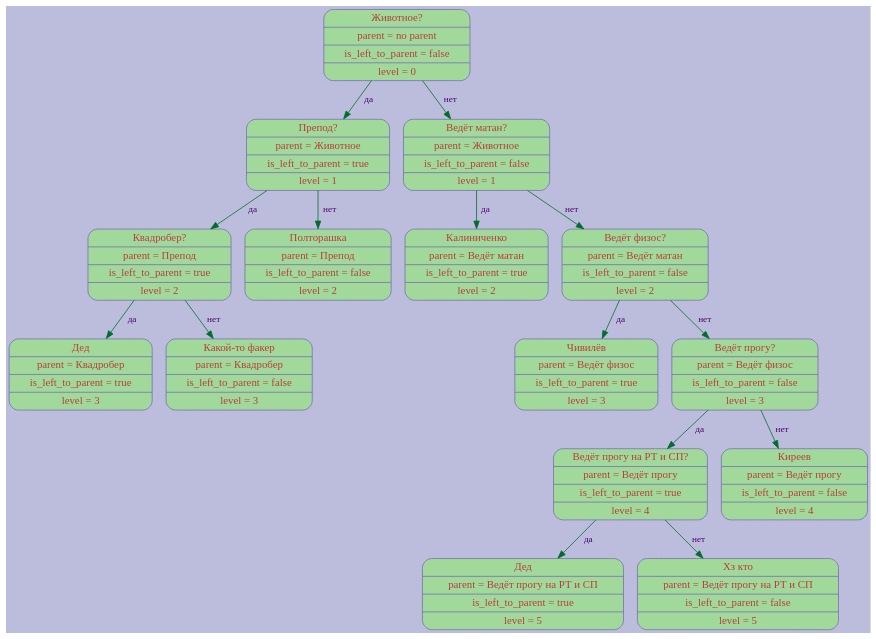
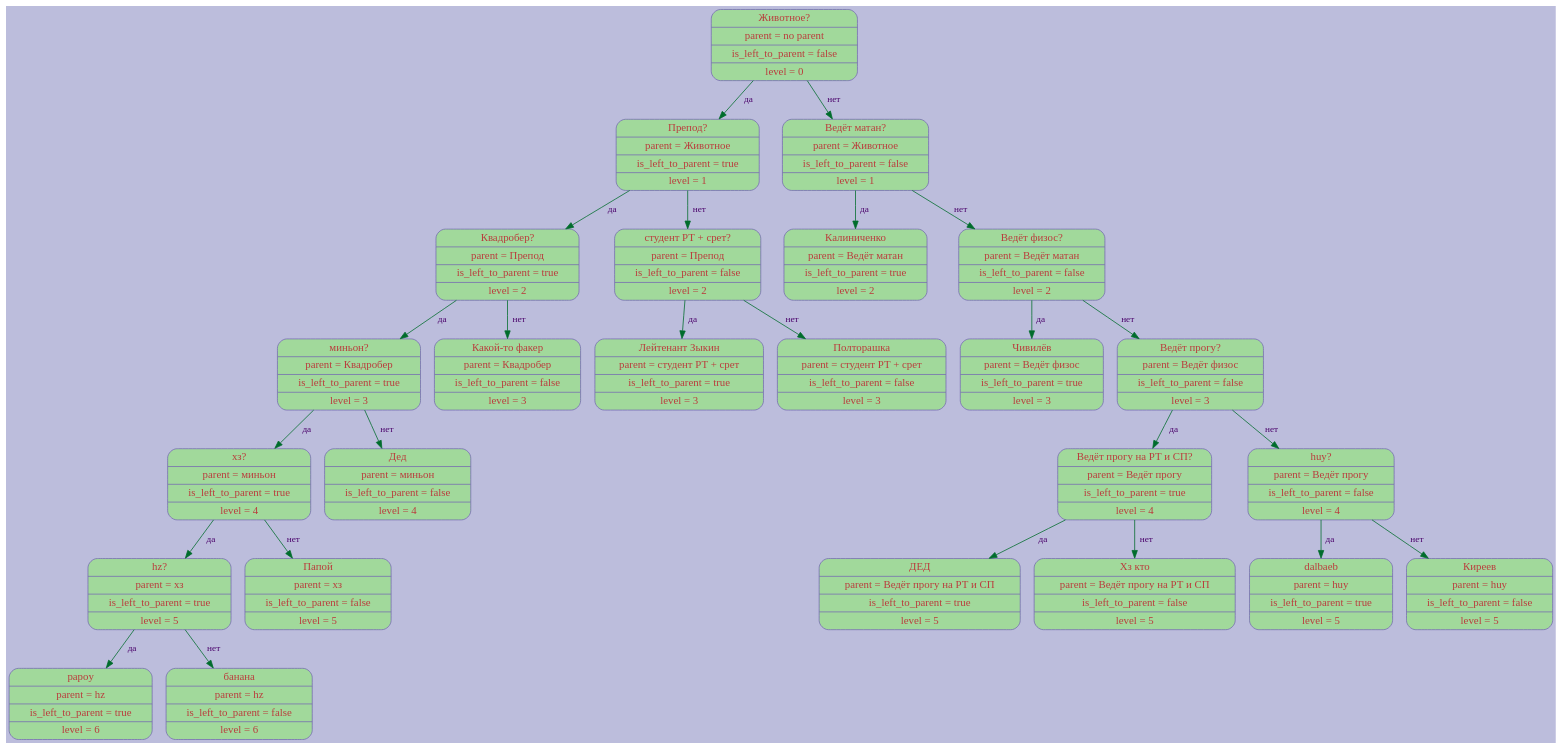
The diagram in logs/dot_files/UpdatedDataBase.dot (sevaphasol/akinator), drawn with Graphviz before and after one commit. The commit also changed 19 other files, not shown here.

```diff
--- a/logs/dot_files/UpdatedDataBase.dot
+++ b/logs/dot_files/UpdatedDataBase.dot
@@ -1,21 +1,31 @@
 digraph G{
 rankdir=HR;
 node[style=filled, color="#756bb1", fillcolor="#a1d99b",fontcolor="#ba3d3d", fontsize=14];
 edge[color="#006d2c", fontsize=12, penwidth=1, fontcolor = "#49006a"];
 bgcolor="#bcbddc";
 elem1[shape="Mrecord", label= "{Животное? | parent = no parent | is_left_to_parent = false | level = 0}"];
 elem1->elem2[label = " да "];elem2[shape="Mrecord", label= "{Препод? | parent = Животное | is_left_to_parent = true | level = 1}"];
 elem2->elem3[label = " да "];elem3[shape="Mrecord", label= "{Квадробер? | parent = Препод | is_left_to_parent = true | level = 2}"];
-elem3->elem4[label = " да "];elem4[shape="Mrecord", label= "{Дед | parent = Квадробер | is_left_to_parent = true | level = 3}"];
-elem3->elem5[label = " нет "];elem5[shape="Mrecord", label= "{Какой-то факер | parent = Квадробер | is_left_to_parent = false | level = 3}"];
-elem2->elem6[label = " нет "];elem6[shape="Mrecord", label= "{Полторашка | parent = Препод | is_left_to_parent = false | level = 2}"];
-elem1->elem7[label = " нет "];elem7[shape="Mrecord", label= "{Ведёт матан? | parent = Животное | is_left_to_parent = false | level = 1}"];
-elem7->elem8[label = " да "];elem8[shape="Mrecord", label= "{Калиниченко | parent = Ведёт матан | is_left_to_parent = true | level = 2}"];
-elem7->elem9[label = " нет "];elem9[shape="Mrecord", label= "{Ведёт физос? | parent = Ведёт матан | is_left_to_parent = false | level = 2}"];
-elem9->elem10[label = " да "];elem10[shape="Mrecord", label= "{Чивилёв | parent = Ведёт физос | is_left_to_parent = true | level = 3}"];
-elem9->elem11[label = " нет "];elem11[shape="Mrecord", label= "{Ведёт прогу? | parent = Ведёт физос | is_left_to_parent = false | level = 3}"];
-elem11->elem12[label = " да "];elem12[shape="Mrecord", label= "{Ведёт прогу на РТ и СП? | parent = Ведёт прогу | is_left_to_parent = true | level = 4}"];
-elem12->elem13[label = " да "];elem13[shape="Mrecord", label= "{Дед | parent = Ведёт прогу на РТ и СП | is_left_to_parent = true | level = 5}"];
-elem12->elem14[label = " нет "];elem14[shape="Mrecord", label= "{Хз кто | parent = Ведёт прогу на РТ и СП | is_left_to_parent = false | level = 5}"];
-elem11->elem15[label = " нет "];elem15[shape="Mrecord", label= "{Киреев | parent = Ведёт прогу | is_left_to_parent = false | level = 4}"];
+elem3->elem4[label = " да "];elem4[shape="Mrecord", label= "{миньон? | parent = Квадробер | is_left_to_parent = true | level = 3}"];
+elem4->elem5[label = " да "];elem5[shape="Mrecord", label= "{хз? | parent = миньон | is_left_to_parent = true | level = 4}"];
+elem5->elem6[label = " да "];elem6[shape="Mrecord", label= "{hz? | parent = хз | is_left_to_parent = true | level = 5}"];
+elem6->elem7[label = " да "];elem7[shape="Mrecord", label= "{papoy | parent = hz | is_left_to_parent = true | level = 6}"];
+elem6->elem8[label = " нет "];elem8[shape="Mrecord", label= "{банана | parent = hz | is_left_to_parent = false | level = 6}"];
+elem5->elem9[label = " нет "];elem9[shape="Mrecord", label= "{Папой | parent = хз | is_left_to_parent = false | level = 5}"];
+elem4->elem10[label = " нет "];elem10[shape="Mrecord", label= "{Дед | parent = миньон | is_left_to_parent = false | level = 4}"];
+elem3->elem11[label = " нет "];elem11[shape="Mrecord", label= "{Какой-то факер | parent = Квадробер | is_left_to_parent = false | level = 3}"];
+elem2->elem12[label = " нет "];elem12[shape="Mrecord", label= "{студент РТ + срет? | parent = Препод | is_left_to_parent = false | level = 2}"];
+elem12->elem13[label = " да "];elem13[shape="Mrecord", label= "{Лейтенант Зыкин | parent = студент РТ + срет | is_left_to_parent = true | level = 3}"];
+elem12->elem14[label = " нет "];elem14[shape="Mrecord", label= "{Полторашка | parent = студент РТ + срет | is_left_to_parent = false | level = 3}"];
+elem1->elem15[label = " нет "];elem15[shape="Mrecord", label= "{Ведёт матан? | parent = Животное | is_left_to_parent = false | level = 1}"];
+elem15->elem16[label = " да "];elem16[shape="Mrecord", label= "{Калиниченко | parent = Ведёт матан | is_left_to_parent = true | level = 2}"];
+elem15->elem17[label = " нет "];elem17[shape="Mrecord", label= "{Ведёт физос? | parent = Ведёт матан | is_left_to_parent = false | level = 2}"];
+elem17->elem18[label = " да "];elem18[shape="Mrecord", label= "{Чивилёв | parent = Ведёт физос | is_left_to_parent = true | level = 3}"];
+elem17->elem19[label = " нет "];elem19[shape="Mrecord", label= "{Ведёт прогу? | parent = Ведёт физос | is_left_to_parent = false | level = 3}"];
+elem19->elem20[label = " да "];elem20[shape="Mrecord", label= "{Ведёт прогу на РТ и СП? | parent = Ведёт прогу | is_left_to_parent = true | level = 4}"];
+elem20->elem21[label = " да "];elem21[shape="Mrecord", label= "{ДЕД | parent = Ведёт прогу на РТ и СП | is_left_to_parent = true | level = 5}"];
+elem20->elem22[label = " нет "];elem22[shape="Mrecord", label= "{Хз кто | parent = Ведёт прогу на РТ и СП | is_left_to_parent = false | level = 5}"];
+elem19->elem23[label = " нет "];elem23[shape="Mrecord", label= "{huy? | parent = Ведёт прогу | is_left_to_parent = false | level = 4}"];
+elem23->elem24[label = " да "];elem24[shape="Mrecord", label= "{dalbaeb | parent = huy | is_left_to_parent = true | level = 5}"];
+elem23->elem25[label = " нет "];elem25[shape="Mrecord", label= "{Киреев | parent = huy | is_left_to_parent = false | level = 5}"];
 }
```
